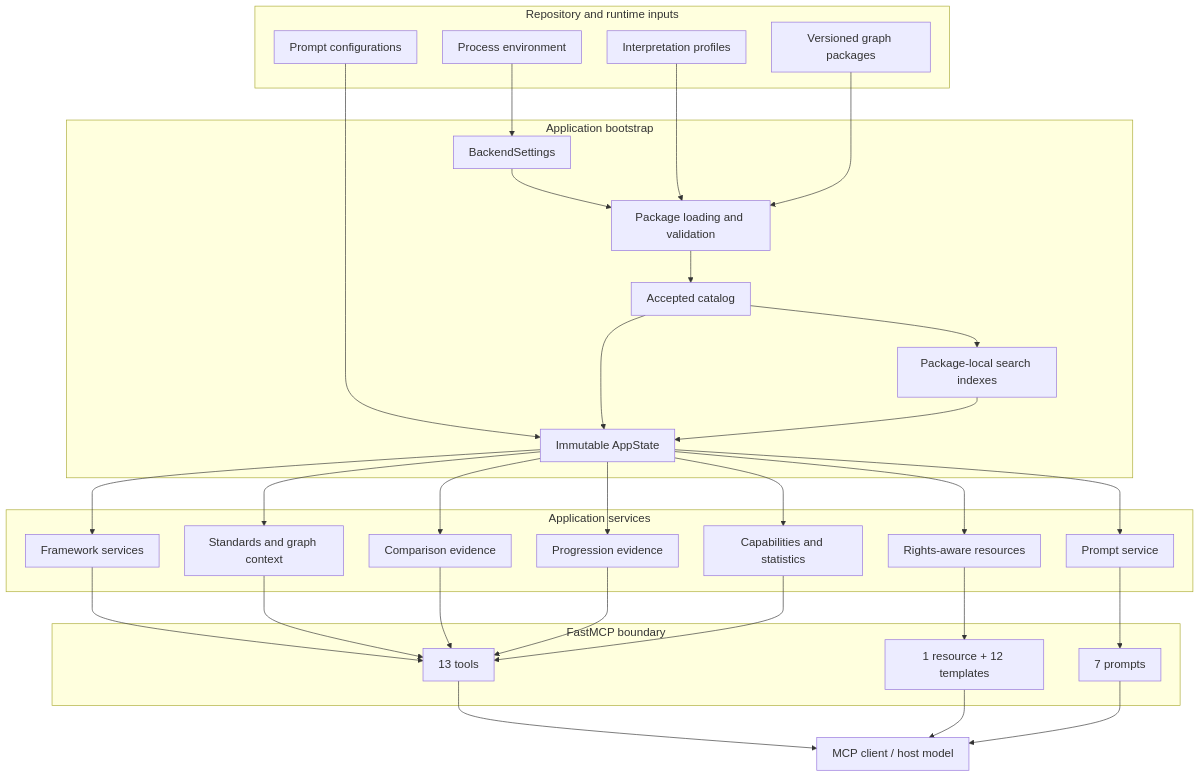
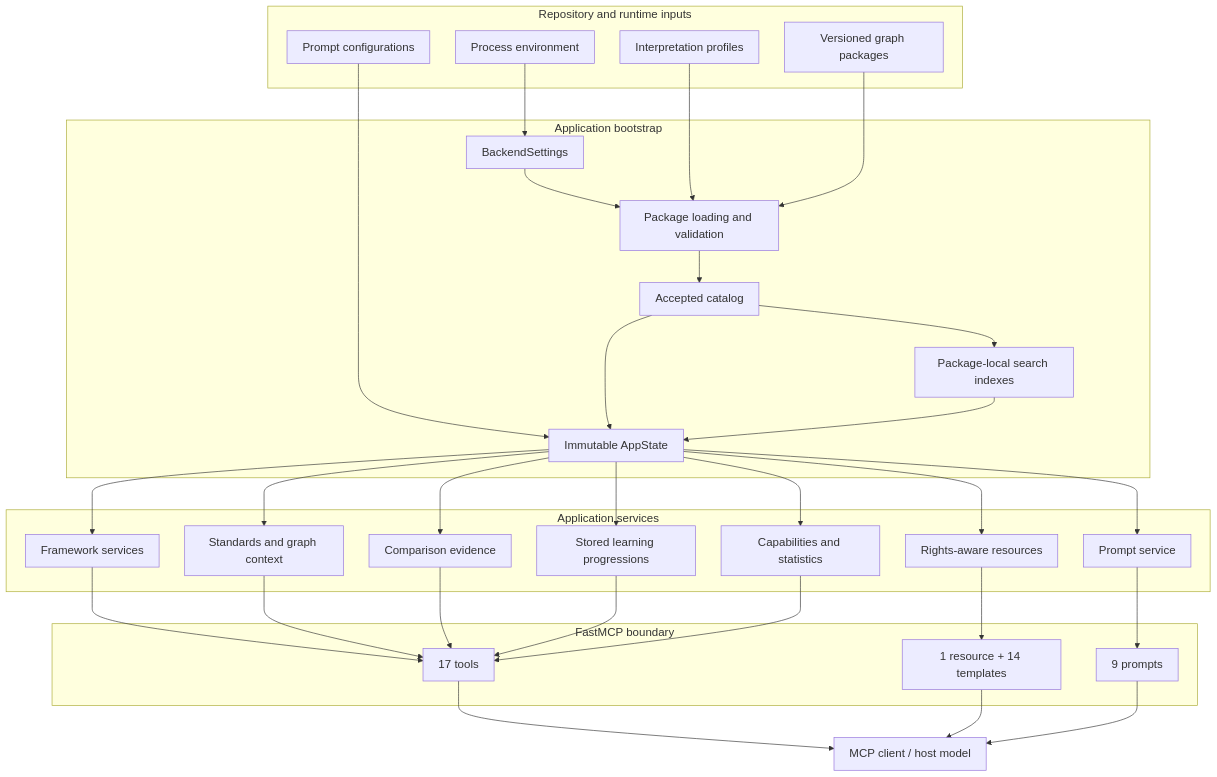
Before and after one commit to IDinsight/KGForEdGlobalMCP: the first of 2 diagrams in docs/architecture.md, drawn with Mermaid. The commit also changed other lines of this file and 44 other files, not shown here.

Commit message:
docs(progressions): document stored relationships and workflows

````diff
--- a/docs/architecture.md
+++ b/docs/architecture.md
@@ -31,72 +31,72 @@
 ```mermaid
 %%{init: {
   "themeVariables": {
     "fontSize": "18px"
   },
   "flowchart": {
     "useMaxWidth": true,
     "nodeSpacing": 40,
     "rankSpacing": 50,
     "padding": 12
   }
 }}%%
 flowchart TB
     subgraph Inputs[Repository and runtime inputs]
         ENV[Process environment]
         PROF[Interpretation profiles]
         PROMPT[Prompt configurations]
         PKG[Versioned graph packages]
     end
 
     subgraph Bootstrap[Application bootstrap]
         SETTINGS[BackendSettings]
         VALIDATE[Package loading and validation]
         CATALOG[Accepted catalog]
         INDEX[Package-local search indexes]
         STATE[Immutable AppState]
     end
 
     subgraph Services[Application services]
         FRAMEWORK[Framework services]
         STANDARDS[Standards and graph context]
         COMPARE[Comparison evidence]
-        PROGRESSION[Progression evidence]
+        PROGRESSION[Stored learning progressions]
         RESOURCE[Rights-aware resources]
         PROMPTS[Prompt service]
         CAPS[Capabilities and statistics]
     end
 
     subgraph MCP[FastMCP boundary]
-        TOOLS[13 tools]
-        RESOURCES[1 resource + 12 templates]
-        MCPPROMPTS[7 prompts]
+        TOOLS[17 tools]
+        RESOURCES[1 resource + 14 templates]
+        MCPPROMPTS[9 prompts]
     end
 
     HOST[MCP client / host model]
     ENV --> SETTINGS
     SETTINGS --> VALIDATE
     PROF --> VALIDATE
     PKG --> VALIDATE
     VALIDATE --> CATALOG
     PROMPT --> STATE
     CATALOG --> INDEX
     CATALOG --> STATE
     INDEX --> STATE
     STATE --> FRAMEWORK
     STATE --> STANDARDS
     STATE --> COMPARE
     STATE --> PROGRESSION
     STATE --> RESOURCE
     STATE --> PROMPTS
     STATE --> CAPS
     FRAMEWORK --> TOOLS
     STANDARDS --> TOOLS
     COMPARE --> TOOLS
     PROGRESSION --> TOOLS
     CAPS --> TOOLS
     RESOURCE --> RESOURCES
     PROMPTS --> MCPPROMPTS
     TOOLS --> HOST
     RESOURCES --> HOST
     MCPPROMPTS --> HOST
 ```
````
